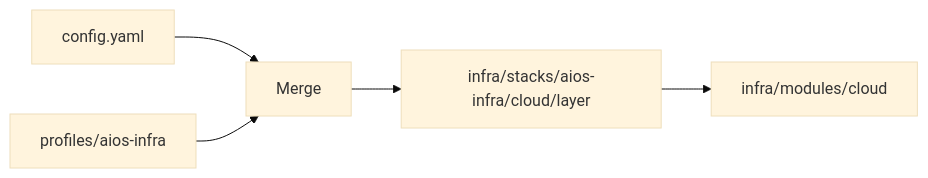
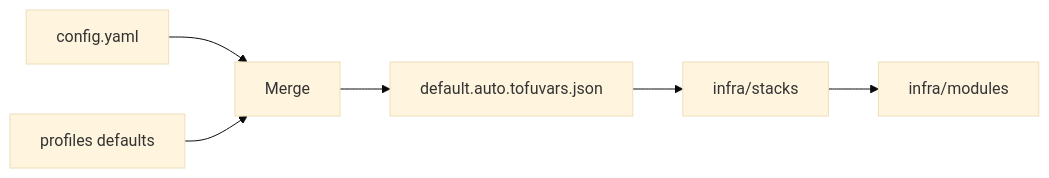
The diagram in docs/architecture.md (cipherops-io/rtifact-platform-installer), drawn with Mermaid (base theme) before and after one commit. The commit also changed other lines of this file and 126 other files, not shown here.

````diff
--- a/docs/architecture.md
+++ b/docs/architecture.md
@@ -5,12 +5,14 @@
 ```mermaid
 flowchart LR
   config[config.yaml]
-  profile[profiles/aios-infra]
+  profile[profiles defaults]
   merge[Merge]
-  stack[infra/stacks/aios-infra/cloud/layer]
-  modules[infra/modules/cloud]
+  tfvars[default.auto.tofuvars.json]
+  stack[infra/stacks]
+  modules[infra/modules]
   config --> merge
   profile --> merge
-  merge --> stack
+  merge --> tfvars
+  tfvars --> stack
   stack --> modules
 ```
````
